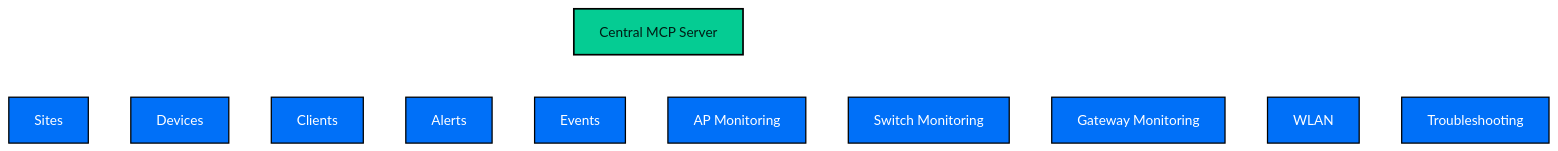
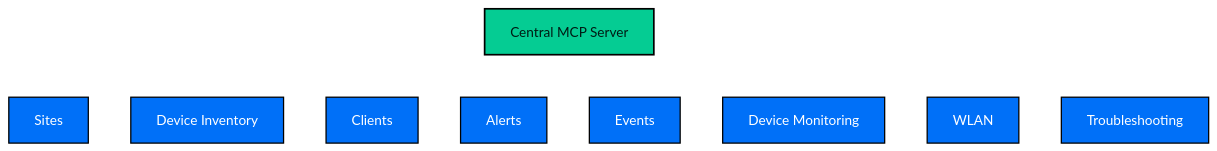
The diagram in README.md (KarthikSKumar98/central-mcp-server), drawn with Mermaid before and after one commit. The commit also changed other lines of this file and 1 other file, not shown here.

Commit message:
docs: enhance README with details on MCP tools and API endpoints

````diff
--- a/README.md
+++ b/README.md
@@ -264,22 +264,20 @@
 ```mermaid
 %%{init: {'theme':'base', 'themeVariables': {'background': '#0b0f1a'}}}%%
 graph TD
     MCP["Central MCP Server"] --> Sites["Sites"]
-    MCP --> Devices["Devices"]
+    MCP --> Devices["Device Inventory"]
     MCP --> Clients["Clients"]
     MCP --> Alerts["Alerts"]
     MCP --> Events["Events"]
-    MCP --> APMon["AP Monitoring"]
-    MCP --> SwitchMon["Switch Monitoring"]
-    MCP --> GatewayMon["Gateway Monitoring"]
-    MCP--> WLAN["WLAN"]
+    MCP --> DevMon["Device Monitoring"]
+    MCP --> WLAN["WLAN"]
     MCP --> Troubleshooting["Troubleshooting"]
 
     classDef mcp fill:#05cc93,color:#001b14,stroke:#000000,stroke-width:2px;
     classDef tool fill:#0070f8,color:#ffffff,stroke:#000000,stroke-width:1.5px;
 
     class MCP mcp;
-    class Sites,Devices,APMon,SwitchMon,GatewayMon,Clients,Alerts,Events,WLAN,Troubleshooting tool;
+    class Sites,Devices,DevMon,Clients,Alerts,Events,WLAN,Troubleshooting tool;
 
     linkStyle default stroke:#ffffff,stroke-width:2px;
 ```
````
